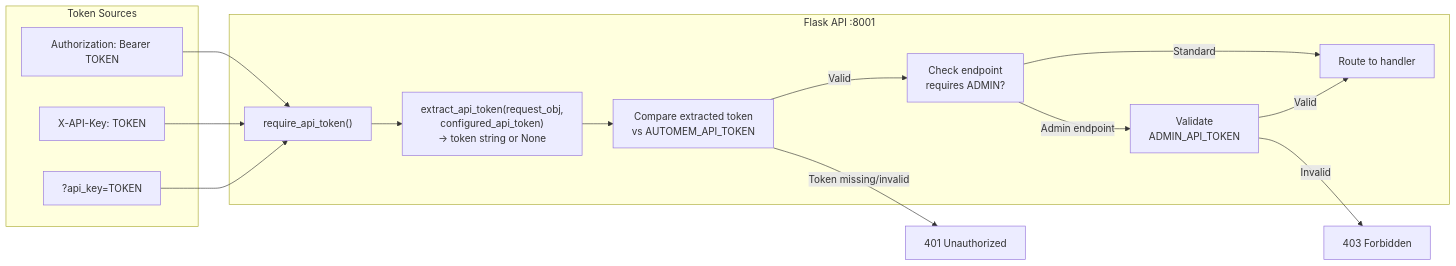
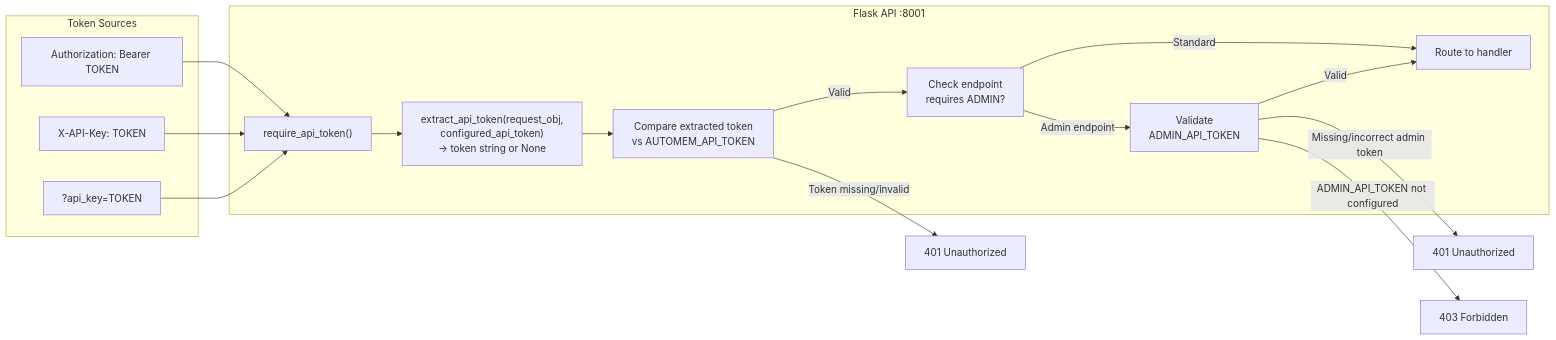
One commit to verygoodplugins/automem-website changed the second of 3 diagrams in src/content/docs/docs/reference/authentication.md. Above: the diagram before and after it, drawn with Mermaid. The commit also changed other lines of this file, not shown here.

````diff
--- a/src/content/docs/docs/reference/authentication.md
+++ b/src/content/docs/docs/reference/authentication.md
@@ -101,31 +101,32 @@
 ```mermaid
 graph LR
     subgraph "Token Sources"
         BearerHeader["Authorization: Bearer TOKEN"]
         APIKeyHeader["X-API-Key: TOKEN"]
         QueryParam["?api_key=TOKEN"]
     end
 
     subgraph "Flask API :8001"
         RequireAPIToken["require_api_token()"]
         ExtractToken["extract_api_token(request_obj,<br/>configured_api_token)<br/>→ token string or None"]
         ValidateToken["Compare extracted token<br/>vs AUTOMEM_API_TOKEN"]
         CheckLevel["Check endpoint<br/>requires ADMIN?"]
         ValidateAdmin["Validate<br/>ADMIN_API_TOKEN"]
         ProcessRequest["Route to handler"]
     end
 
     BearerHeader --> RequireAPIToken
     APIKeyHeader --> RequireAPIToken
     QueryParam --> RequireAPIToken
 
     RequireAPIToken --> ExtractToken
     ExtractToken --> ValidateToken
     ValidateToken -->|Valid| CheckLevel
     ValidateToken -->|Token missing/invalid| Reject401["401 Unauthorized"]
 
     CheckLevel -->|Standard| ProcessRequest
     CheckLevel -->|Admin endpoint| ValidateAdmin
     ValidateAdmin -->|Valid| ProcessRequest
-    ValidateAdmin -->|Invalid| Reject403["403 Forbidden"]
+    ValidateAdmin -->|"Missing/incorrect admin token"| Reject401Admin["401 Unauthorized"]
+    ValidateAdmin -->|"ADMIN_API_TOKEN not configured"| Reject403["403 Forbidden"]
 ```
````
